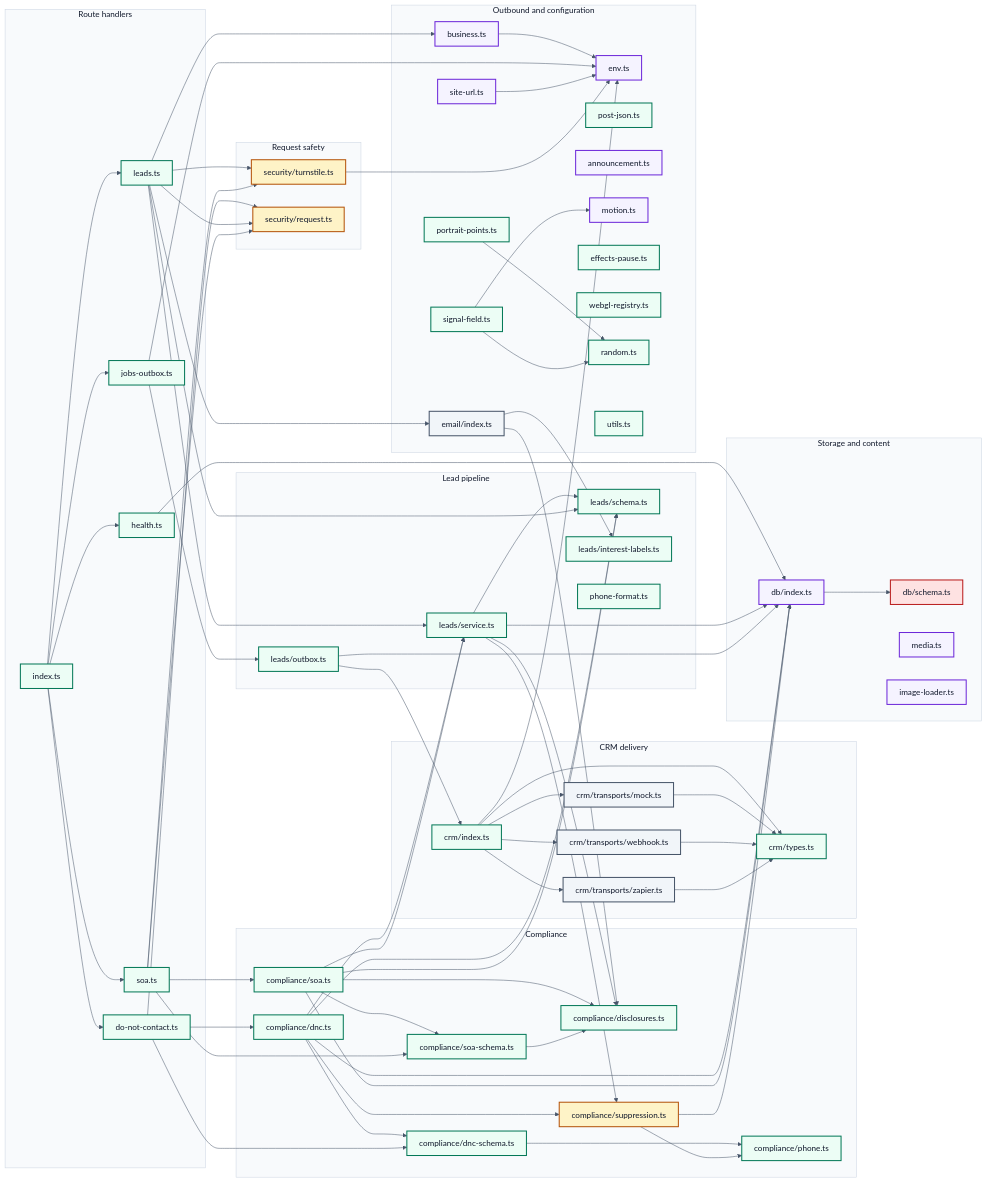
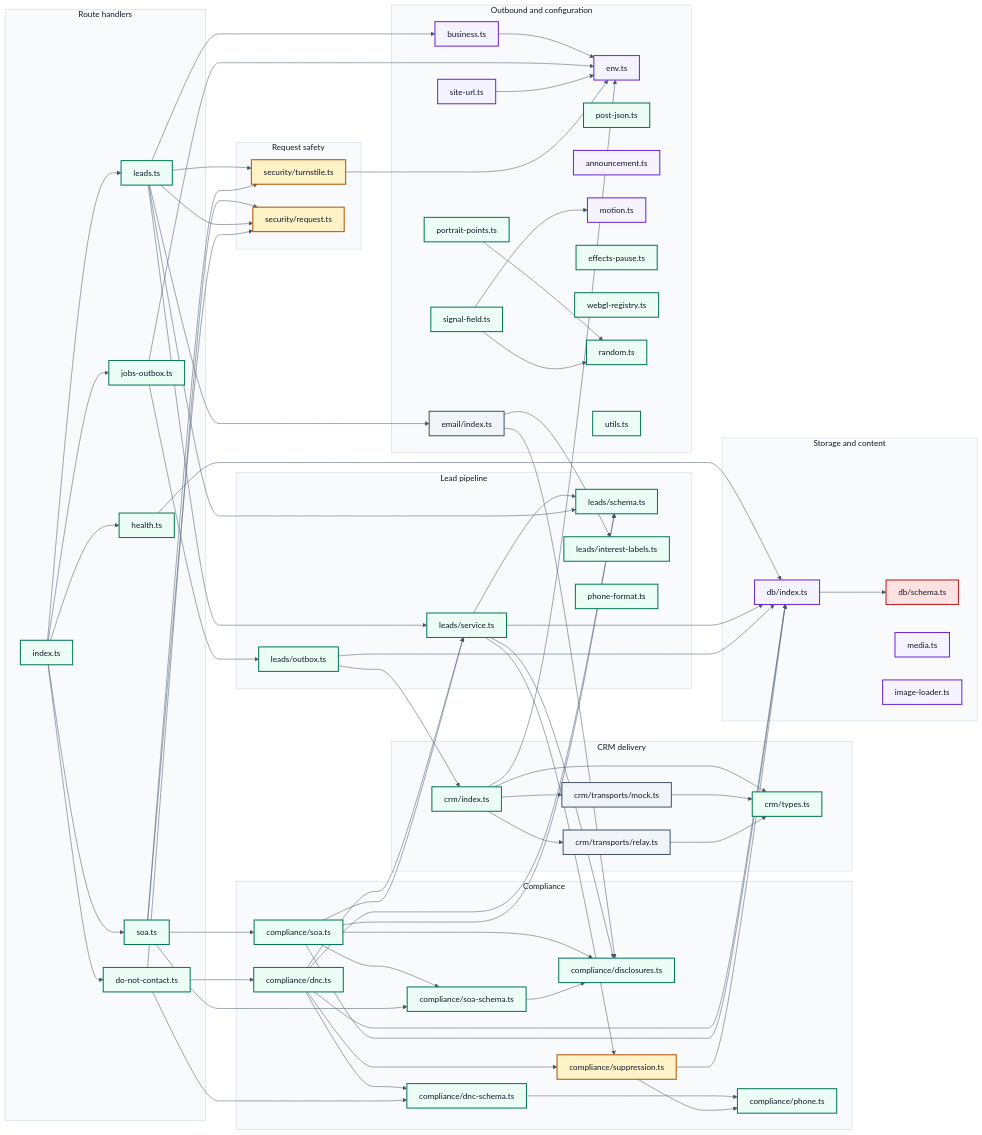
The diagram in docs/diagrams/D5-module-map.mmd (marc-mccarthy/legacy-benefits-mn), drawn with Mermaid before and after one commit. The commit also changed 17 other files, not shown here.

Commit message:
feat(crm): relay transport replaces webhook and zapier

```diff
--- a/docs/diagrams/D5-module-map.mmd
+++ b/docs/diagrams/D5-module-map.mmd
@@ -1,149 +1,146 @@
 %%{init: {"theme":"base","themeVariables":{"fontFamily":"Helvetica Neue, Helvetica, Arial, sans-serif","fontSize":"16px","textColor":"#0F172A","background":"#FFFFFF","lineColor":"#475569","mainBkg":"#EFF6FF","nodeBorder":"#1D4ED8","primaryColor":"#EFF6FF","primaryBorderColor":"#1D4ED8","primaryTextColor":"#0F172A","secondaryColor":"#F1F5F9","secondaryBorderColor":"#475569","secondaryTextColor":"#0F172A","tertiaryColor":"#F8FAFC","tertiaryBorderColor":"#CBD5E1","tertiaryTextColor":"#0F172A","clusterBkg":"#F8FAFC","clusterBorder":"#CBD5E1","edgeLabelBackground":"#FFFFFF","actorBkg":"#EEF2FF","actorBorder":"#4338CA","actorTextColor":"#0F172A","signalColor":"#475569","signalTextColor":"#0F172A","noteBkgColor":"#FEF3C7","noteBorderColor":"#B45309","noteTextColor":"#0F172A","activationBkgColor":"#ECFDF5","activationBorderColor":"#047857","labelBoxBkgColor":"#FEF3C7","labelBoxBorderColor":"#B45309","sequenceNumberColor":"#FFFFFF"},"flowchart":{"htmlLabels":false,"curve":"basis","nodeSpacing":45,"rankSpacing":60,"padding":12},"sequence":{"useMaxWidth":false,"htmlLabels":false,"mirrorActors":false,"wrap":true,"width":190}}}%%
 flowchart LR
 accTitle: Every server module this repository owns, and what each one imports
 accDescr {
   A left-to-right map of the server side of the application, derived from the imports in the
   code rather than drawn by hand, so it cannot describe a wiring that no longer exists. Each
   box is one module; each arrow is one module importing another. Route handlers sit on the
   left, since every request enters through one of them. The two modules that verify a request
   and the one that decides whether a person may be contacted are drawn as gates, because their
   job is to reject. The database schema is drawn as regulated data, because that is what it
   declares. Test files are excluded: a test importing a module says nothing about how the
-  application is wired. 42 modules and 58 imports are drawn.
+  application is wired. 41 modules and 56 imports are drawn.
 }
 
 subgraph Routehandlers ["Route handlers"]
   apiRouter["index.ts"]
   leadsRoute["leads.ts"]
   soaRoute["soa.ts"]
   dncRoute["do-not-contact.ts"]
   jobsRoute["jobs-outbox.ts"]
   healthRoute["health.ts"]
 end
 
 subgraph Requestsafety ["Request safety"]
   turnstile["security/turnstile.ts"]
   request["security/request.ts"]
 end
 
 subgraph Leadpipeline ["Lead pipeline"]
   leadService["leads/service.ts"]
   leadSchema["leads/schema.ts"]
   outbox["leads/outbox.ts"]
   interestLabels["leads/interest-labels.ts"]
   phoneFormat["phone-format.ts"]
 end
 
 subgraph Compliance ["Compliance"]
   disclosures["compliance/disclosures.ts"]
   suppression["compliance/suppression.ts"]
   phone["compliance/phone.ts"]
   dnc["compliance/dnc.ts"]
   dncSchema["compliance/dnc-schema.ts"]
   soa["compliance/soa.ts"]
   soaSchema["compliance/soa-schema.ts"]
 end
 
 subgraph CRMdelivery ["CRM delivery"]
   crm["crm/index.ts"]
   crmTypes["crm/types.ts"]
-  webhook["crm/transports/webhook.ts"]
-  zapier["crm/transports/zapier.ts"]
+  relay["crm/transports/relay.ts"]
   mock["crm/transports/mock.ts"]
 end
 
 subgraph Storageandcontent ["Storage and content"]
   db["db/index.ts"]
   dbSchema["db/schema.ts"]
   media["media.ts"]
   imageLoader["image-loader.ts"]
 end
 
 subgraph Outboundandconfiguration ["Outbound and configuration"]
   email["email/index.ts"]
   env["env.ts"]
   siteUrl["site-url.ts"]
   postJson["post-json.ts"]
   business["business.ts"]
   announcement["announcement.ts"]
   motion["motion.ts"]
   effectsPause["effects-pause.ts"]
   webglRegistry["webgl-registry.ts"]
   portraitPoints["portrait-points.ts"]
   signalField["signal-field.ts"]
   random["random.ts"]
   utils["utils.ts"]
 end
 
 apiRouter --> dncRoute
 apiRouter --> healthRoute
 apiRouter --> jobsRoute
 apiRouter --> leadsRoute
 apiRouter --> soaRoute
 business --> env
 crm --> crmTypes
 crm --> env
 crm --> mock
-crm --> webhook
-crm --> zapier
+crm --> relay
 db --> dbSchema
 dnc --> db
 dnc --> dncSchema
 dnc --> leadSchema
 dnc --> leadService
 dnc --> suppression
 dncRoute --> dnc
 dncRoute --> dncSchema
 dncRoute --> request
 dncSchema --> phone
 email --> disclosures
 email --> interestLabels
 healthRoute --> db
 jobsRoute --> env
 jobsRoute --> outbox
 leadService --> db
 leadService --> disclosures
 leadService --> leadSchema
 leadService --> suppression
 leadsRoute --> business
 leadsRoute --> email
 leadsRoute --> leadSchema
 leadsRoute --> leadService
 leadsRoute --> request
 leadsRoute --> turnstile
 mock --> crmTypes
 outbox --> crm
 outbox --> db
 portraitPoints --> random
+relay --> crmTypes
 signalField --> motion
 signalField --> random
 siteUrl --> env
 soa --> db
 soa --> disclosures
 soa --> leadSchema
 soa --> leadService
 soa --> soaSchema
 soaRoute --> request
 soaRoute --> soa
 soaRoute --> soaSchema
 soaRoute --> turnstile
 soaSchema --> disclosures
 suppression --> db
 suppression --> phone
 turnstile --> env
-webhook --> crmTypes
-zapier --> crmTypes
 
 classDef human    fill:#EEF2FF,stroke:#4338CA,stroke-width:2px,color:#0F172A
 classDef client   fill:#EFF6FF,stroke:#1D4ED8,stroke-width:2px,color:#0F172A
 classDef ours     fill:#ECFDF5,stroke:#047857,stroke-width:2px,color:#0F172A
 classDef guard    fill:#FEF3C7,stroke:#B45309,stroke-width:2px,color:#0F172A
 classDef vendor   fill:#F1F5F9,stroke:#475569,stroke-width:2px,color:#0F172A
 classDef phi      fill:#FEE2E2,stroke:#B91C1C,stroke-width:2px,color:#0F172A
 classDef artifact fill:#F5F3FF,stroke:#6D28D9,stroke-width:2px,color:#0F172A
 
 class apiRouter,leadsRoute,soaRoute,dncRoute,jobsRoute,healthRoute,leadService,leadSchema,outbox,interestLabels,phoneFormat,disclosures,phone,dnc,dncSchema,soa,soaSchema,crm,crmTypes,postJson,effectsPause,webglRegistry,portraitPoints,signalField,random,utils ours
 class turnstile,request,suppression guard
-class webhook,zapier,mock,email vendor
+class relay,mock,email vendor
 class dbSchema phi
 class db,media,imageLoader,env,siteUrl,business,announcement,motion artifact
```
